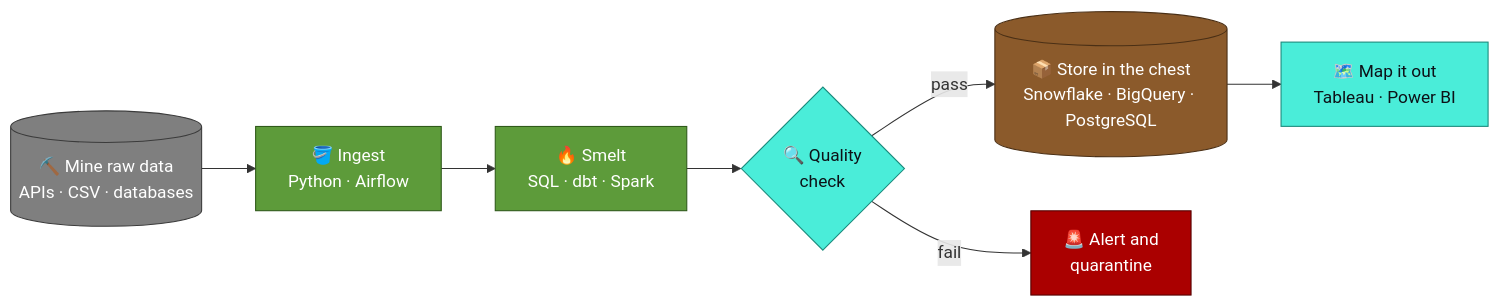
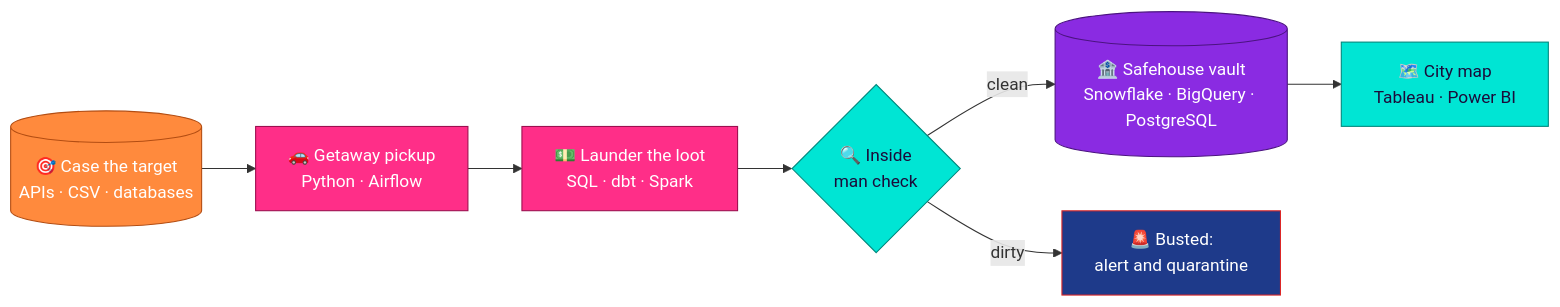
One commit to gaurav190901/gaurav190901 changed the first of 4 diagrams in README.md. Above: the diagram before and after it, drawn with Mermaid. The commit also changed other lines of this file and 1 other file, not shown here.

Commit message:
Give profile README a GTA VI-inspired neon theme

````diff
--- a/README.md
+++ b/README.md
@@ -45,20 +47,20 @@
 ```mermaid
 flowchart LR
-    A[(⛏️ Mine raw data<br/>APIs · CSV · databases)] --> B[🪣 Ingest<br/>Python · Airflow]
-    B --> C[🔥 Smelt<br/>SQL · dbt · Spark]
-    C --> D{🔍 Quality<br/>check}
-    D -- pass --> E[(📦 Store in the chest<br/>Snowflake · BigQuery · PostgreSQL)]
-    D -- fail --> F[🚨 Alert and<br/>quarantine]
-    E --> G[🗺️ Map it out<br/>Tableau · Power BI]
+    A[(🎯 Case the target<br/>APIs · CSV · databases)] --> B[🚗 Getaway pickup<br/>Python · Airflow]
+    B --> C[💵 Launder the loot<br/>SQL · dbt · Spark]
+    C --> D{🔍 Inside<br/>man check}
+    D -- clean --> E[(🏦 Safehouse vault<br/>Snowflake · BigQuery · PostgreSQL)]
+    D -- dirty --> F[🚨 Busted:<br/>alert and quarantine]
+    E --> G[🗺️ City map<br/>Tableau · Power BI]
 
-    classDef ore fill:#7f7f7f,stroke:#3b3b3b,color:#ffffff
-    classDef grass fill:#5d9b3a,stroke:#2f5a1a,color:#ffffff
-    classDef dirt fill:#8b5a2b,stroke:#4a2f15,color:#ffffff
-    classDef diamond fill:#4aedd9,stroke:#1a8a7c,color:#0d1117
-    classDef redstone fill:#aa0000,stroke:#550000,color:#ffffff
-    class A ore
-    class B,C grass
-    class D,G diamond
-    class E dirt
-    class F redstone
+    classDef sunset fill:#ff8a3d,stroke:#b34d12,color:#ffffff
+    classDef neon fill:#ff2e88,stroke:#9c0f4f,color:#ffffff
+    classDef night fill:#8a2be2,stroke:#4b1380,color:#ffffff
+    classDef ocean fill:#00e5d4,stroke:#00877c,color:#1b0b3a
+    classDef police fill:#1e3a8a,stroke:#dc2626,color:#ffffff
+    class A sunset
+    class B,C neon
+    class D,G ocean
+    class E night
+    class F police
 ```
````
